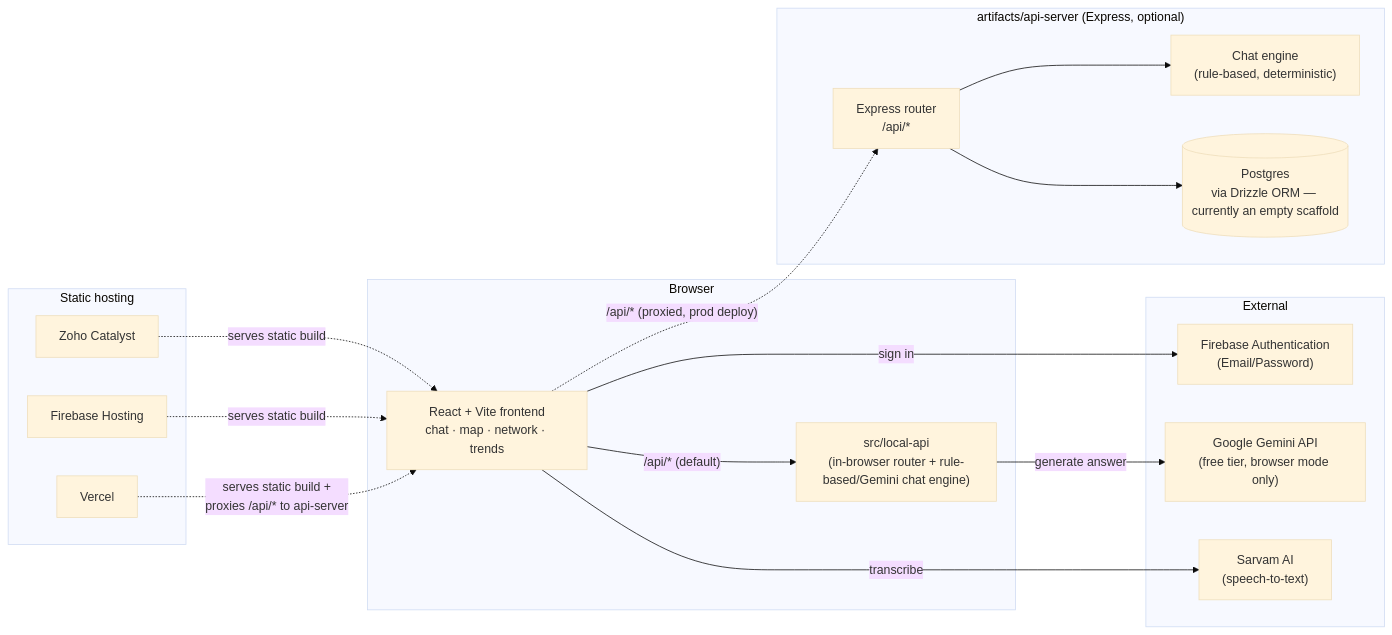
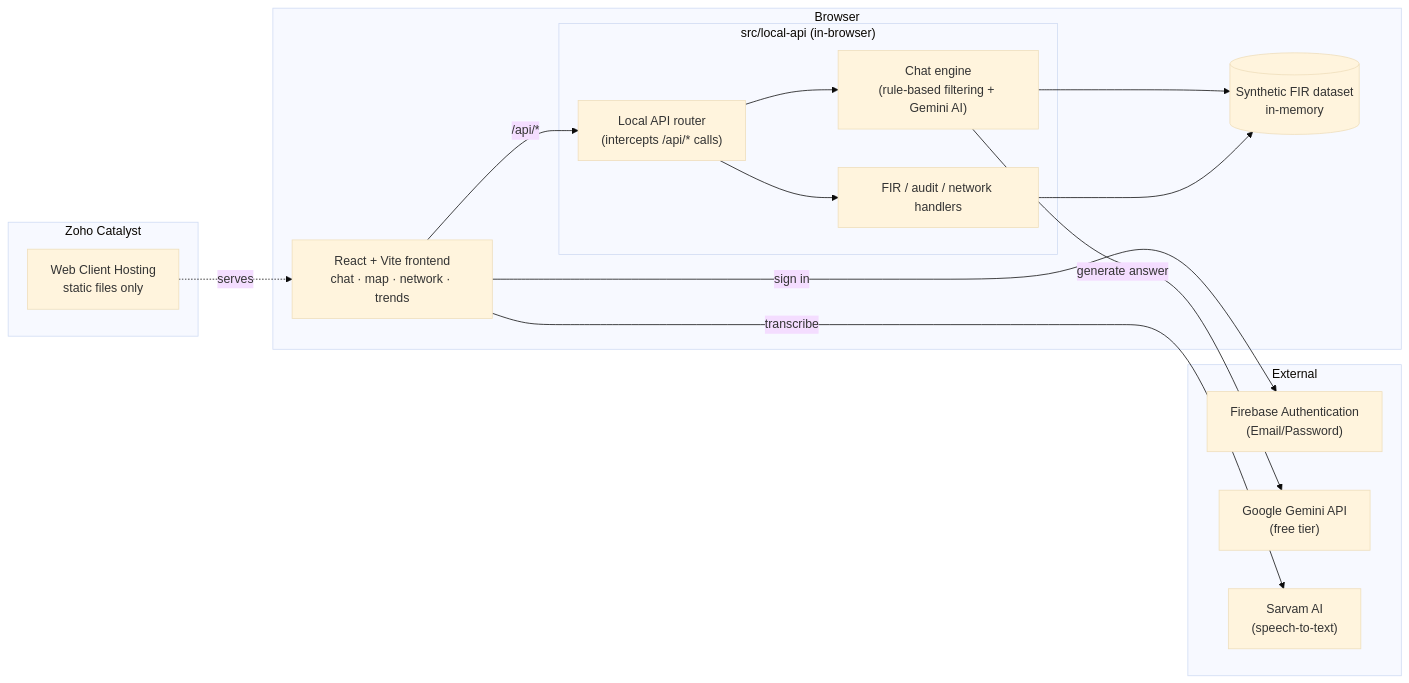
Before and after one commit to Naxt318/SCRB-Sanket: the diagram in README.md, drawn with Mermaid (base theme). The commit also changed other lines of this file, not shown here.

First line of the commit message:
Update README with hosting and deployment details

````diff
--- a/README.md
+++ b/README.md
@@ -131,36 +123,32 @@
 ```mermaid
 flowchart LR
     subgraph Browser
         UI["React + Vite frontend<br/>chat · map · network · trends"]
-        LocalAPI["src/local-api<br/>(in-browser router + rule-based/Gemini chat engine)"]
-    end
-
-    subgraph Server["artifacts/api-server (Express, optional)"]
-        SRouter["Express router<br/>/api/*"]
-        SChat["Chat engine<br/>(rule-based, deterministic)"]
-        DB[("Postgres<br/>via Drizzle ORM — currently an empty scaffold")]
+        subgraph Local["src/local-api (in-browser)"]
+            Router["Local API router<br/>(intercepts /api/* calls)"]
+            Chat["Chat engine<br/>(rule-based filtering + Gemini AI)"]
+            Routes["FIR / audit / network handlers"]
+        end
+        Data[("Synthetic FIR dataset<br/>in-memory")]
     end
 
     subgraph External
         Auth["Firebase Authentication<br/>(Email/Password)"]
-        AI["Google Gemini API<br/>(free tier, browser mode only)"]
+        AI["Google Gemini API<br/>(free tier)"]
         Voice["Sarvam AI<br/>(speech-to-text)"]
     end
 
-    subgraph Hosts["Static hosting"]
-        Catalyst["Zoho Catalyst"]
-        FBHosting["Firebase Hosting"]
-        Vercel["Vercel"]
+    subgraph ZohoCatalyst["Zoho Catalyst"]
+        Hosting["Web Client Hosting<br/>static files only"]
     end
 
     UI -->|"sign in"| Auth
+    UI -->|"/api/*"| Router
+    Router --> Chat
+    Router --> Routes
+    Chat --> Data
+    Chat -->|"generate answer"| AI
     UI -->|"transcribe"| Voice
-    UI -->|"/api/* (default)"| LocalAPI
-    LocalAPI -->|"generate answer"| AI
-    UI -.->|"/api/* (proxied, prod deploy)"| SRouter
-    SRouter --> SChat
-    SRouter --> DB
-    Catalyst -.->|"serves static build"| UI
-    FBHosting -.->|"serves static build"| UI
-    Vercel -.->|"serves static build +<br/>proxies /api/* to api-server"| UI
+    Routes --> Data
+    Hosting -.->|"serves"| UI
 ```
````
